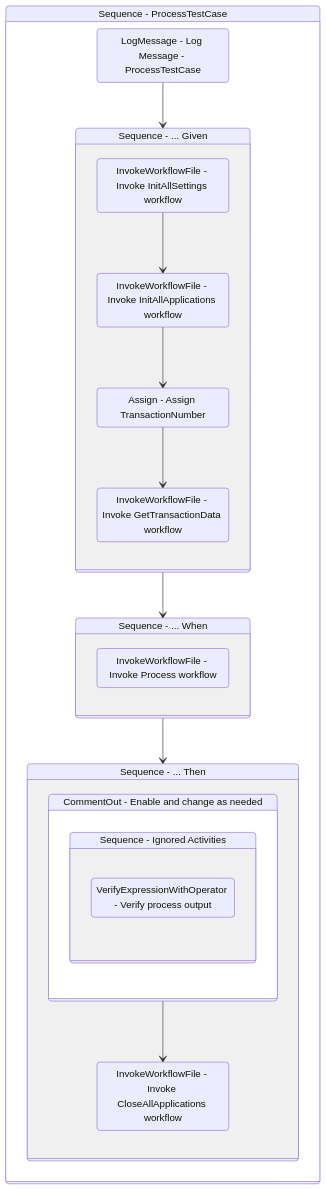
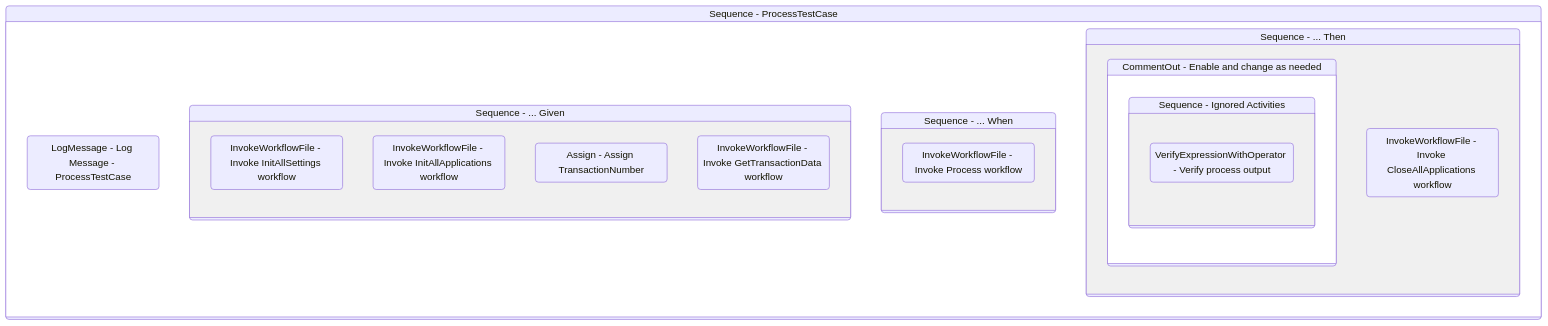
One commit to yashbrahmbhatt/LazyFramework changed the diagram in Documentation/.templates/Performers/REFramework/Tests/ProcessTestCase.md. Above: the diagram before and after it, drawn with Mermaid. The commit also changed 72 other files, not shown here.

````diff
--- a/Documentation/.templates/Performers/REFramework/Tests/ProcessTestCase.md
+++ b/Documentation/.templates/Performers/REFramework/Tests/ProcessTestCase.md
@@ -124,46 +124,42 @@
 ```mermaid
 stateDiagram-v2
 
 
 Sequence_1: Sequence - ProcessTestCase
 state Sequence_1 {
 direction TB
 LogMessage_1 : LogMessage - Log Message - ProcessTestCase
-LogMessage_1 --> Sequence_2
+
 Sequence_2: Sequence - ... Given
 state Sequence_2 {
 direction TB
 InvokeWorkflowFile_2 : InvokeWorkflowFile - Invoke InitAllSettings workflow
 InvokeWorkflowFile_3 : InvokeWorkflowFile - Invoke InitAllApplications workflow
-InvokeWorkflowFile_2 --> InvokeWorkflowFile_3
 Assign_1 : Assign - Assign TransactionNumber
-InvokeWorkflowFile_3 --> Assign_1
 InvokeWorkflowFile_4 : InvokeWorkflowFile - Invoke GetTransactionData workflow
-Assign_1 --> InvokeWorkflowFile_4
 }
-Sequence_2 --> Sequence_3
+
 Sequence_3: Sequence - ... When
 state Sequence_3 {
 direction TB
 InvokeWorkflowFile_1 : InvokeWorkflowFile - Invoke Process workflow
 }
-Sequence_3 --> Sequence_4
+
 Sequence_4: Sequence - ... Then
 state Sequence_4 {
 direction TB
 
 CommentOut_1: CommentOut - Enable and change as needed
 state CommentOut_1 {
 direction TB
 
 Sequence_5: Sequence - Ignored Activities
 state Sequence_5 {
 direction TB
 VerifyExpressionWithOperator_1 : VerifyExpressionWithOperator - Verify process output
 }
 }
 InvokeWorkflowFile_5 : InvokeWorkflowFile - Invoke CloseAllApplications workflow
-CommentOut_1 --> InvokeWorkflowFile_5
 }
 }
 ```
````
